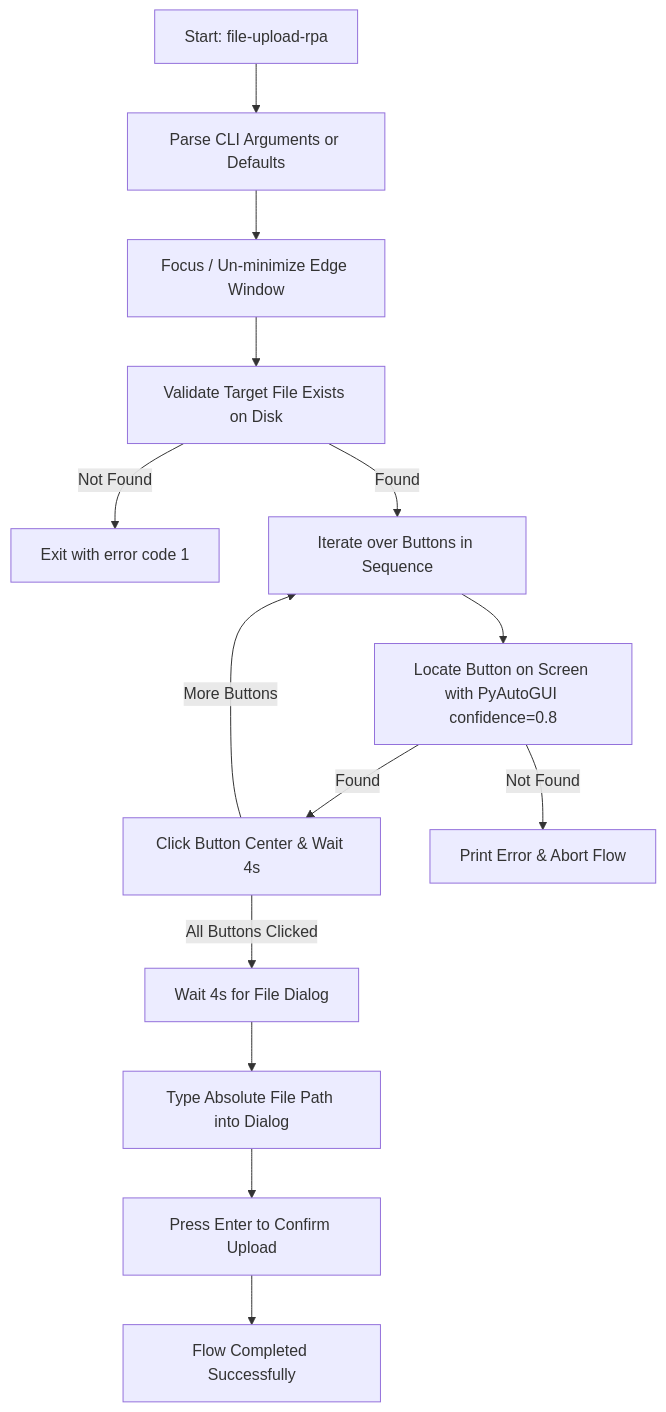
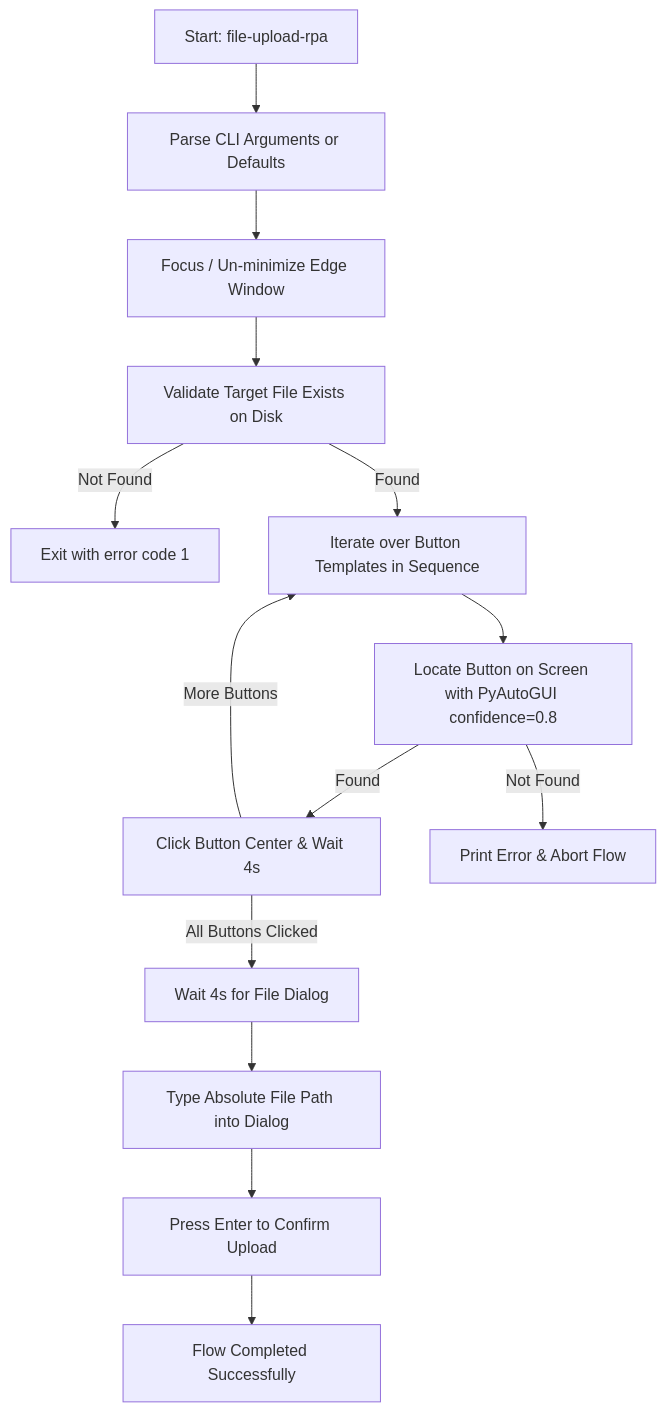
Before and after one commit to ishandutta2007/File-Upload-RPA: the first of 2 diagrams in README.md, drawn with Mermaid. The commit also changed other lines of this file and 3 other files, not shown here.

````diff
--- a/README.md
+++ b/README.md
@@ -270,16 +55,16 @@
 ```mermaid
 flowchart TD
     A[Start: file-upload-rpa] --> B[Parse CLI Arguments or Defaults]
     B --> C[Focus / Un-minimize Edge Window]
     C --> D[Validate Target File Exists on Disk]
     D -->|Not Found| E[Exit with error code 1]
-    D -->|Found| F[Iterate over Buttons in Sequence]
+    D -->|Found| F[Iterate over Button Templates in Sequence]
     F --> G[Locate Button on Screen with PyAutoGUI confidence=0.8]
     G -->|Found| H[Click Button Center & Wait 4s]
     G -->|Not Found| I[Print Error & Abort Flow]
     H -->|More Buttons| F
     H -->|All Buttons Clicked| J[Wait 4s for File Dialog]
     J --> K[Type Absolute File Path into Dialog]
     K --> L[Press Enter to Confirm Upload]
     L --> M[Flow Completed Successfully]
 ```
````
